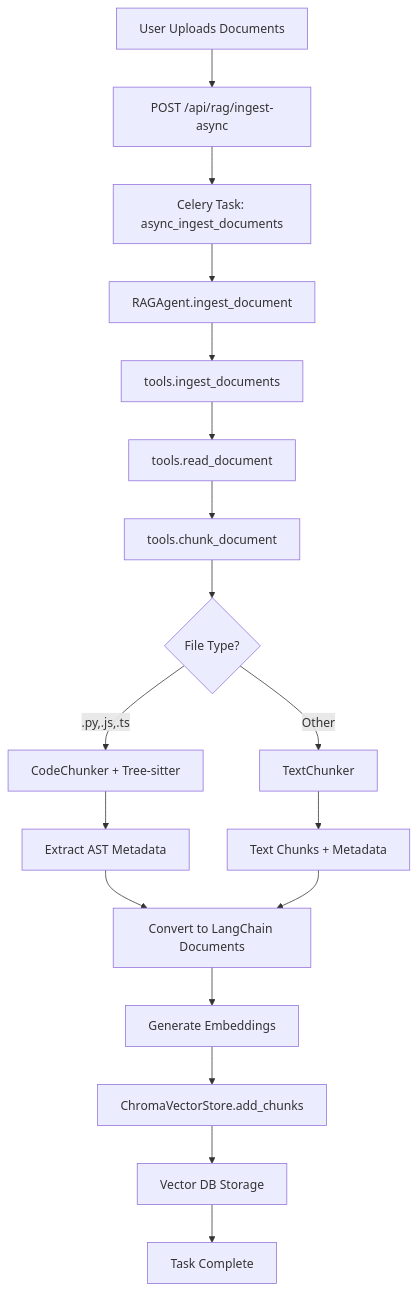
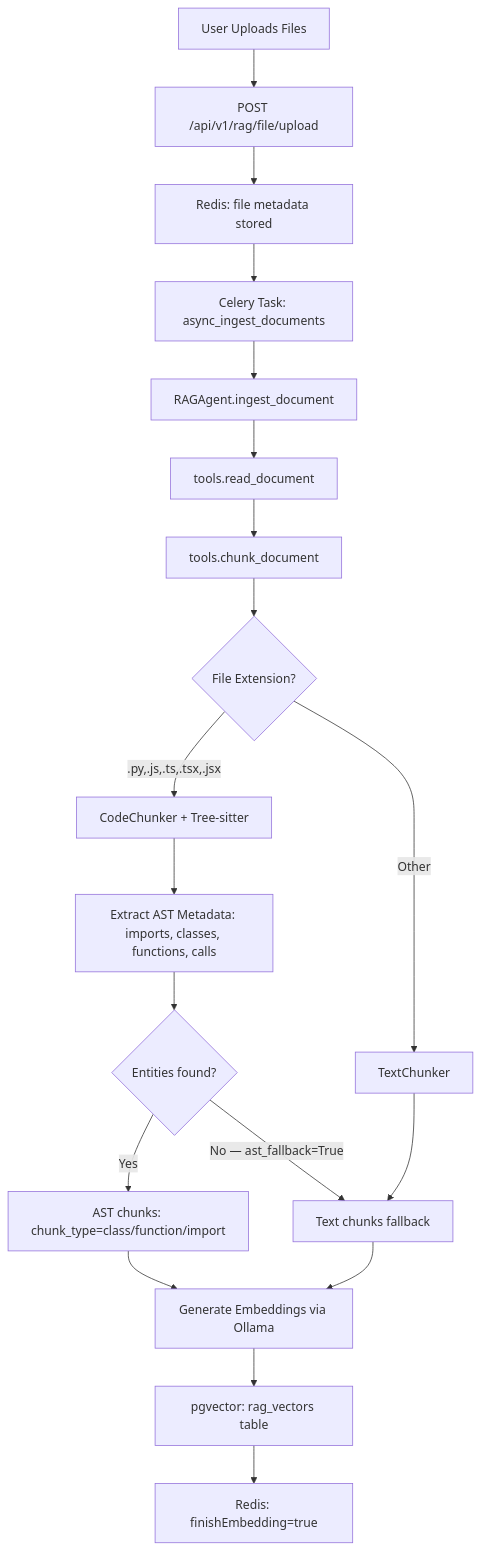
Before and after one commit to Stylegunhawk/DevForge: the diagram in DevForge_Backend/docs/tools/rag/rag_integration_flow.md, drawn with Mermaid. The commit also changed other lines of this file and 4 other files, not shown here.

````diff
--- a/DevForge_Backend/docs/tools/rag/rag_integration_flow.md
+++ b/DevForge_Backend/docs/tools/rag/rag_integration_flow.md
@@ -15,20 +15,21 @@
 ```mermaid
 graph TD
-    A[User Uploads Documents] --> B[POST /api/rag/ingest-async]
-    B --> C[Celery Task: async_ingest_documents]
-    C --> D[RAGAgent.ingest_document]
-    D --> E[tools.ingest_documents]
+    A[User Uploads Files] --> B[POST /api/v1/rag/file/upload]
+    B --> C[Redis: file metadata stored]
+    C --> D[Celery Task: async_ingest_documents]
+    D --> E[RAGAgent.ingest_document]
     E --> F[tools.read_document]
     F --> G[tools.chunk_document]
-    G --> H{File Type?}
-    H -->|.py,.js,.ts| I[CodeChunker + Tree-sitter]
+    G --> H{File Extension?}
+    H -->|.py,.js,.ts,.tsx,.jsx| I[CodeChunker + Tree-sitter]
     H -->|Other| J[TextChunker]
-    I --> K[Extract AST Metadata]
-    J --> L[Text Chunks + Metadata]
-    K --> M[Convert to LangChain Documents]
-    L --> M
-    M --> N[Generate Embeddings]
-    N --> O[ChromaVectorStore.add_chunks]
-    O --> P[Vector DB Storage]
-   P --> Q[Task Complete]
+    I --> K[Extract AST Metadata: imports, classes, functions, calls]
+    K --> L{Entities found?}
+    L -->|Yes| M[AST chunks: chunk_type=class/function/import]
+    L -->|No — ast_fallback=True| N[Text chunks fallback]
+    J --> N
+    M --> O[Generate Embeddings via Ollama]
+    N --> O
+    O --> P[pgvector: rag_vectors table]
+    P --> Q[Redis: finishEmbedding=true]
 ```
````
